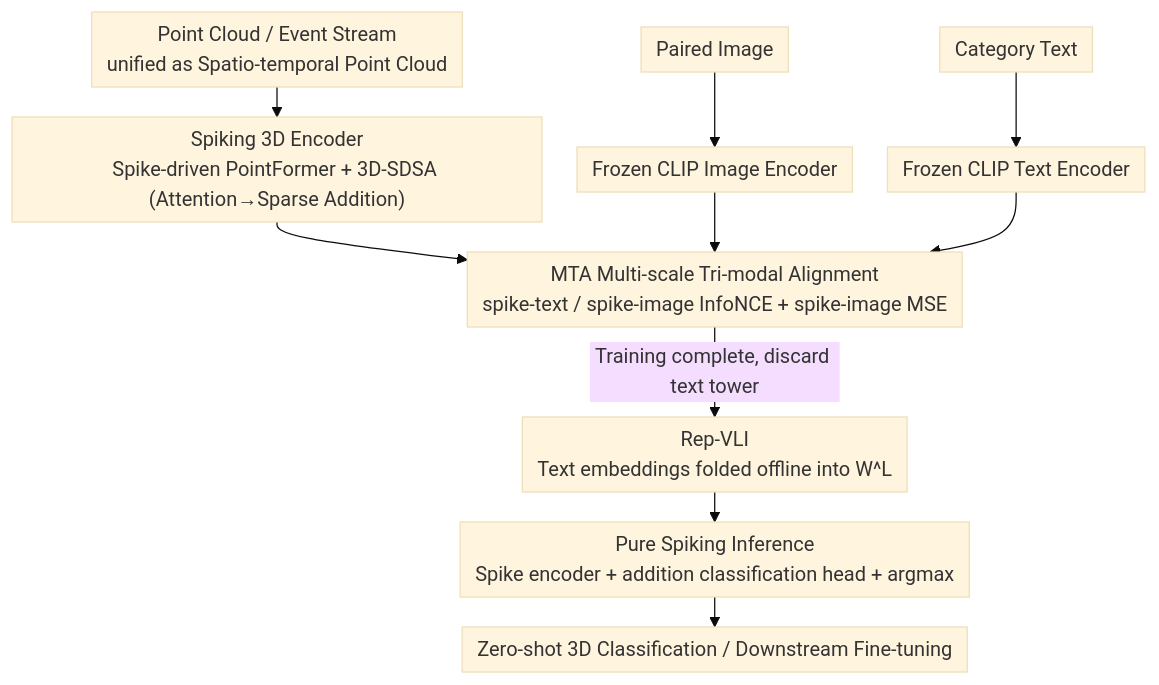
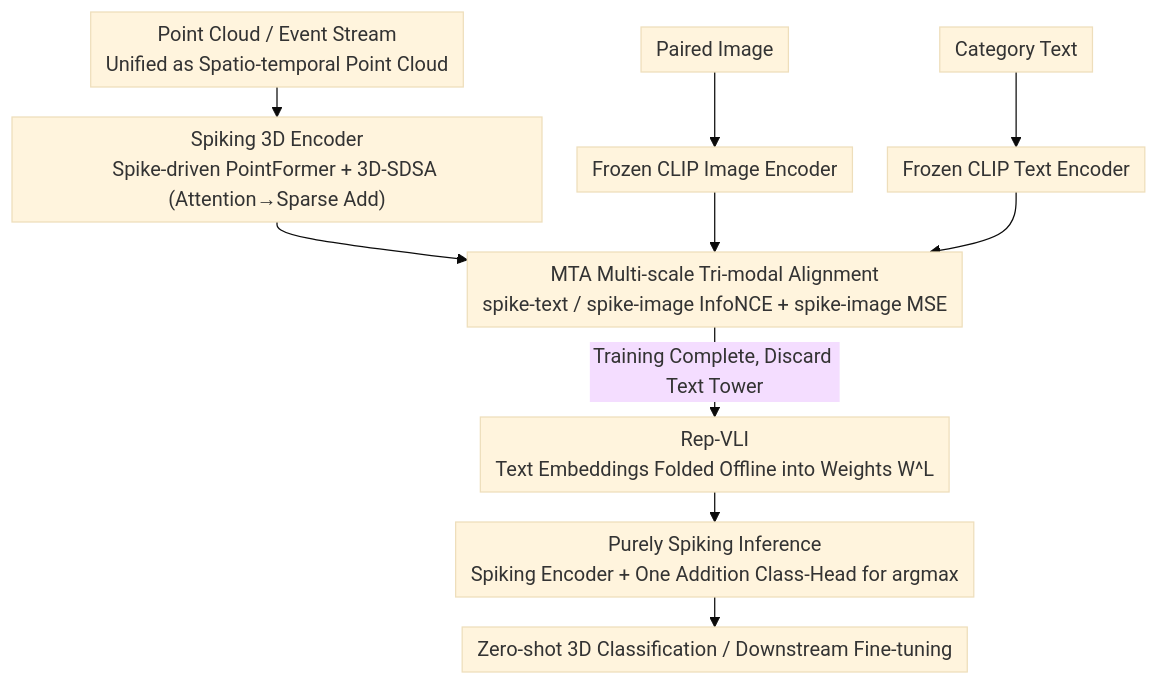
Before and after one commit to zhaoyang97/Paper-Notes-en: the diagram in docs/ICML2026/3d_vision/svl_spike-based_vision-language_pretraining_for_efficient_3d_open-world_understa.md, drawn with Mermaid (base theme). The commit also changed other lines of this file and 5084 other files, not shown here.

````diff
--- a/docs/ICML2026/3d_vision/svl_spike-based_vision-language_pretraining_for_efficient_3d_open-world_understa.md
+++ b/docs/ICML2026/3d_vision/svl_spike-based_vision-language_pretraining_for_efficient_3d_open-world_understa.md
@@ -42,13 +42,13 @@
 ```mermaid
 %%{init: {'flowchart': {'rankSpacing': 24, 'nodeSpacing': 28, 'padding': 6, 'wrappingWidth': 400}}}%%
 flowchart TD
-    A["Point Cloud / Event Stream<br/>unified as Spatio-temporal Point Cloud"] --> B["Spiking 3D Encoder<br/>Spike-driven PointFormer + 3D-SDSA (Attention→Sparse Addition)"]
+    A["Point Cloud / Event Stream<br/>Unified as Spatio-temporal Point Cloud"] --> B["Spiking 3D Encoder<br/>Spike-driven PointFormer + 3D-SDSA (Attention→Sparse Add)"]
     A2["Paired Image"] --> C["Frozen CLIP Image Encoder"]
     A3["Category Text"] --> D["Frozen CLIP Text Encoder"]
     B --> E["MTA Multi-scale Tri-modal Alignment<br/>spike-text / spike-image InfoNCE + spike-image MSE"]
     C --> E
     D --> E
-    E -->|"Training complete, discard text tower"| F["Rep-VLI<br/>Text embeddings folded offline into W^L"]
-    F --> G["Pure Spiking Inference<br/>Spike encoder + addition classification head + argmax"]
+    E -->|"Training Complete, Discard Text Tower"| F["Rep-VLI<br/>Text Embeddings Folded Offline into Weights W^L"]
+    F --> G["Purely Spiking Inference<br/>Spiking Encoder + One Addition Class-Head for argmax"]
     G --> H["Zero-shot 3D Classification / Downstream Fine-tuning"]
 ```
````
